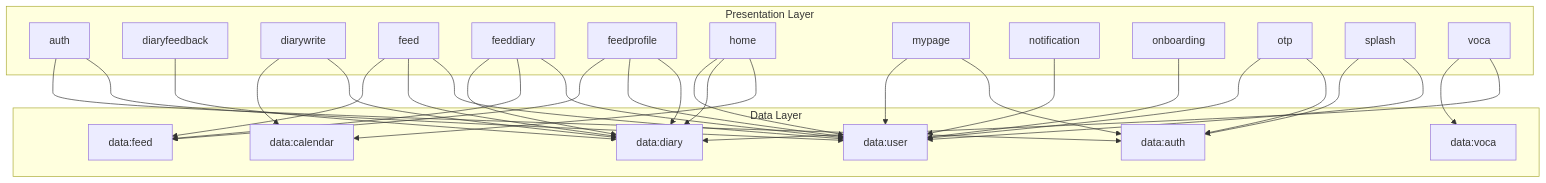
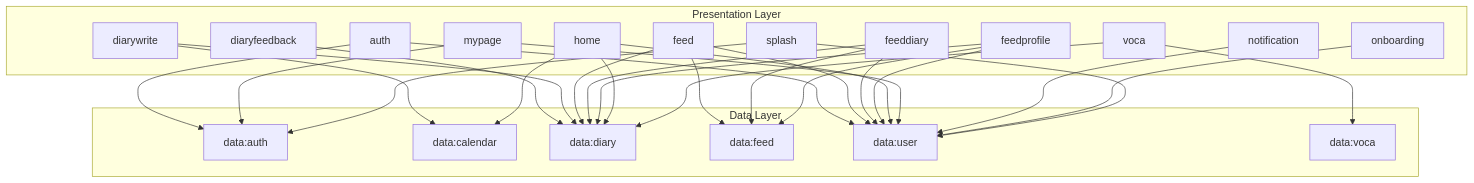
One commit to Hi-lingual/Hilingual-Android changed the second of 4 diagrams in README.md. Above: the diagram before and after it, drawn with Mermaid. The commit also changed other lines of this file, not shown here.

First line of the commit message:
Update Kotlin version and clean up otp references

````diff
--- a/README.md
+++ b/README.md
@@ -56,55 +56,52 @@
 ```mermaid
 graph TD
     subgraph Presentation Layer
         auth["auth"]
         diaryfeedback["diaryfeedback"]
         diarywrite["diarywrite"]
         feed["feed"]
         feeddiary["feeddiary"]
         feedprofile["feedprofile"]
         home["home"]
         mypage["mypage"]
         notification["notification"]
         onboarding["onboarding"]
-        otp["otp"]
         splash["splash"]
         voca["voca"]
     end
 
     subgraph Data Layer
         data_auth["data:auth"]
         data_calendar["data:calendar"]
         data_diary["data:diary"]
         data_feed["data:feed"]
         data_user["data:user"]
         data_voca["data:voca"]
     end
 
     auth --> data_auth
     auth --> data_user
     diaryfeedback --> data_diary
     diarywrite --> data_calendar
     diarywrite --> data_diary
     feed --> data_feed
     feed --> data_diary
     feed --> data_user
     feeddiary --> data_diary
     feeddiary --> data_feed
     feeddiary --> data_user
     feedprofile --> data_feed
     feedprofile --> data_user
     feedprofile --> data_diary
     home --> data_user
     home --> data_diary
     home --> data_calendar
     mypage --> data_user
     mypage --> data_auth
     notification --> data_user
     onboarding --> data_user
-    otp --> data_user
-    otp --> data_auth
     splash --> data_auth
     splash --> data_user
     voca --> data_voca
     voca --> data_diary
 ```
````
